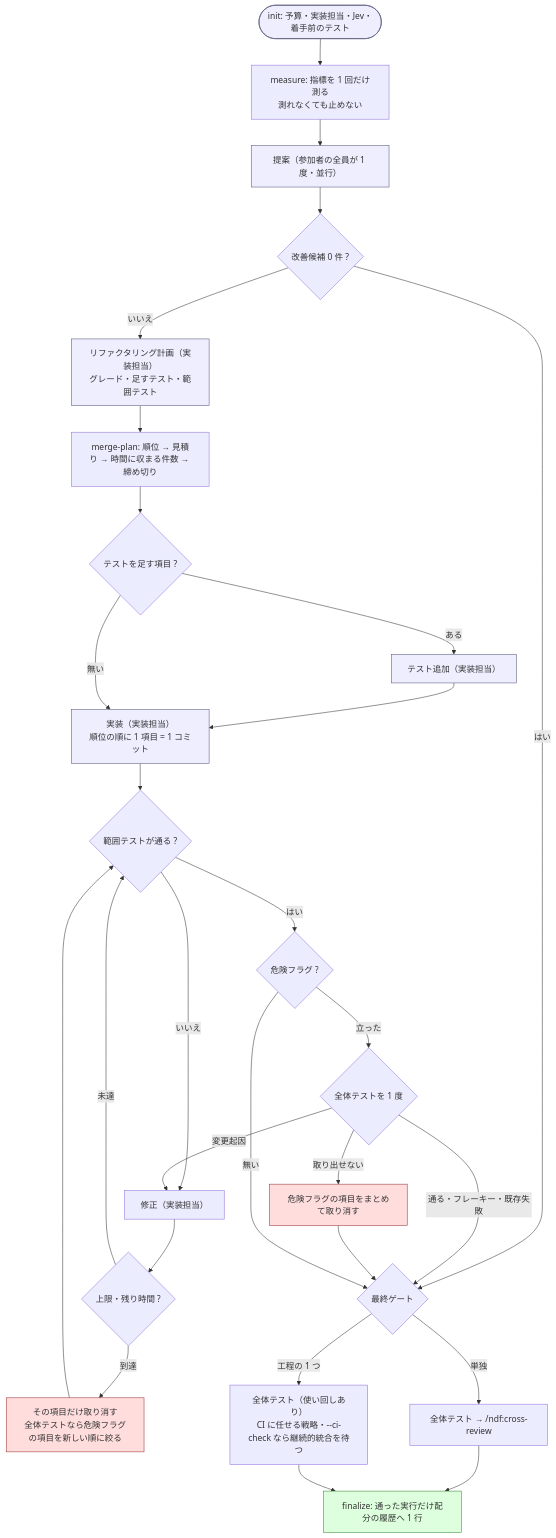
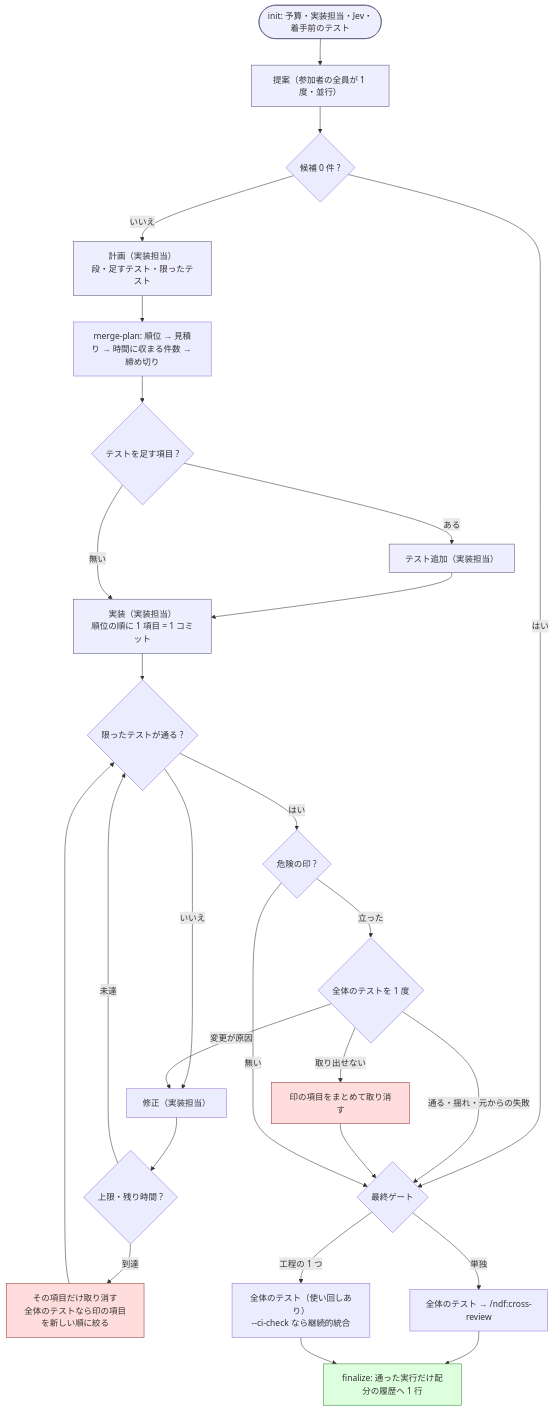
Before and after one commit to devbasex/ai-plugins: the diagram in plugins/ndf/skills/cross-refactoring/SKILL.md, drawn with Mermaid. The commit also changed other lines of this file and 26 other files, not shown here.

````diff
--- a/plugins/ndf/skills/cross-refactoring/SKILL.md
+++ b/plugins/ndf/skills/cross-refactoring/SKILL.md
@@ -136,30 +139,29 @@
 ```mermaid
 flowchart TD
-    Init([init: 予算・実装担当・Jev・着手前のテスト]):::phase --> M
-    M["measure: 指標を 1 回だけ測る<br/>測れなくても止めない"] --> P
-    P["提案（参加者の全員が 1 度・並行）"]:::phase --> MP{"改善候補 0 件 ?"}
+    Init([init: 予算・実装担当・Jev・着手前のテスト]):::phase --> P
+    P["提案（参加者の全員が 1 度・並行）"]:::phase --> MP{"候補 0 件 ?"}
     MP -->|はい| Gate
-    MP -->|いいえ| Plan["リファクタリング計画（実装担当）<br/>グレード・足すテスト・範囲テスト"]:::phase
+    MP -->|いいえ| Plan["計画（実装担当）<br/>段・足すテスト・限ったテスト"]:::phase
     Plan --> Sel["merge-plan: 順位 → 見積り → 時間に収まる件数 → 締め切り"]
     Sel --> T{"テストを足す項目 ?"}
     T -->|ある| AT["テスト追加（実装担当）"]:::phase --> Impl
     T -->|無い| Impl["実装（実装担当）<br/>順位の順に 1 項目 = 1 コミット"]:::phase
-    Impl --> V{"範囲テストが通る ?"}
+    Impl --> V{"限ったテストが通る ?"}
     V -->|いいえ| Fix["修正（実装担当）"] --> Cap{"上限・残り時間 ?"}
     Cap -->|未達| V
-    Cap -->|到達| Drop["その項目だけ取り消す<br/>全体テストなら危険フラグの項目を新しい順に絞る"]:::stop --> V
-    V -->|はい| D{"危険フラグ ?"}
-    D -->|立った| W{"全体テストを 1 度"}
-    W -->|通る・フレーキー・既存失敗| Gate
-    W -->|変更起因| Fix
-    W -->|取り出せない| DropAll["危険フラグの項目をまとめて取り消す"]:::stop --> Gate
+    Cap -->|到達| Drop["その項目だけ取り消す<br/>全体のテストなら印の項目を新しい順に絞る"]:::stop --> V
+    V -->|はい| D{"危険の印 ?"}
+    D -->|立った| W{"全体のテストを 1 度"}
+    W -->|通る・揺れ・元からの失敗| Gate
+    W -->|変更が原因| Fix
+    W -->|取り出せない| DropAll["印の項目をまとめて取り消す"]:::stop --> Gate
     D -->|無い| Gate{"最終ゲート"}
-    Gate -->|単独| CR["全体テスト → /ndf:cross-review"]
-    Gate -->|工程の 1 つ| Whole["全体テスト（使い回しあり）<br/>CI に任せる戦略・--ci-check なら継続的統合を待つ"]
+    Gate -->|単独| CR["全体のテスト → /ndf:cross-review"]
+    Gate -->|工程の 1 つ| Whole["全体のテスト（使い回しあり）<br/>--ci-check なら継続的統合"]
     CR --> Fin["finalize: 通った実行だけ配分の履歴へ 1 行"]:::ok
     Whole --> Fin
 
     classDef phase fill:#eef,stroke:#557
     classDef ok fill:#dfd,stroke:#383
     classDef stop fill:#fdd,stroke:#933
 ```
````
